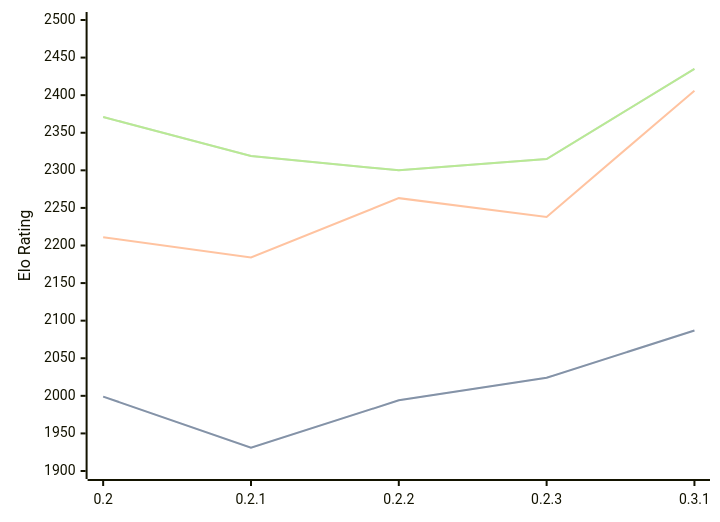
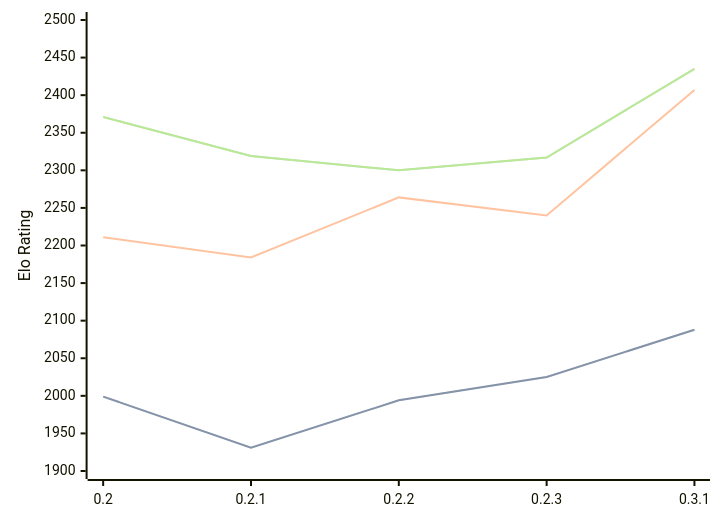
Before and after one commit to computer-chess-index/cci: the diagram in engines/Lolbot.md, drawn with Mermaid. The commit also changed other lines of this file, not shown here.

Commit message:
Update CCI Ratings (ELO VLTC) - 2026-09-07

````diff
--- a/engines/Lolbot.md
+++ b/engines/Lolbot.md
@@ -35,11 +35,11 @@
 ```mermaid
 %%{init: {"theme":"base","themeVariables":{"seriesColors:['#a3a3a3','#222221','#faa371']}}}%%
 xychart-beta
   x-axis ["0.2", "0.2.1", "0.2.2", "0.2.3", "0.3.1"]
   y-axis "Elo Rating" 1900 --> 2500
-  line "" [1999, 1931, 1994, 2024, 2087]
-  line "STC (8.0+0.08s)" [1999, 1931, 1994, 2024, 2087]
-  line "LTC (60.0+0.60s)" [2211, 2184, 2263, 2238, 2406]
-  line "" [2371, 2319, 2300, 2315, 2435]
-  line "VLTC (2m24s+1.12s)" [2371, 2319, 2300, 2315, 2435]
+  line "" [1999, 1931, 1994, 2025, 2088]
+  line "STC (8.0+0.08s)" [1999, 1931, 1994, 2025, 2088]
+  line "LTC (60.0+0.60s)" [2211, 2184, 2264, 2240, 2407]
+  line "" [2371, 2319, 2300, 2317, 2435]
+  line "VLTC (2m24s+1.12s)" [2371, 2319, 2300, 2317, 2435]
 ```
````
